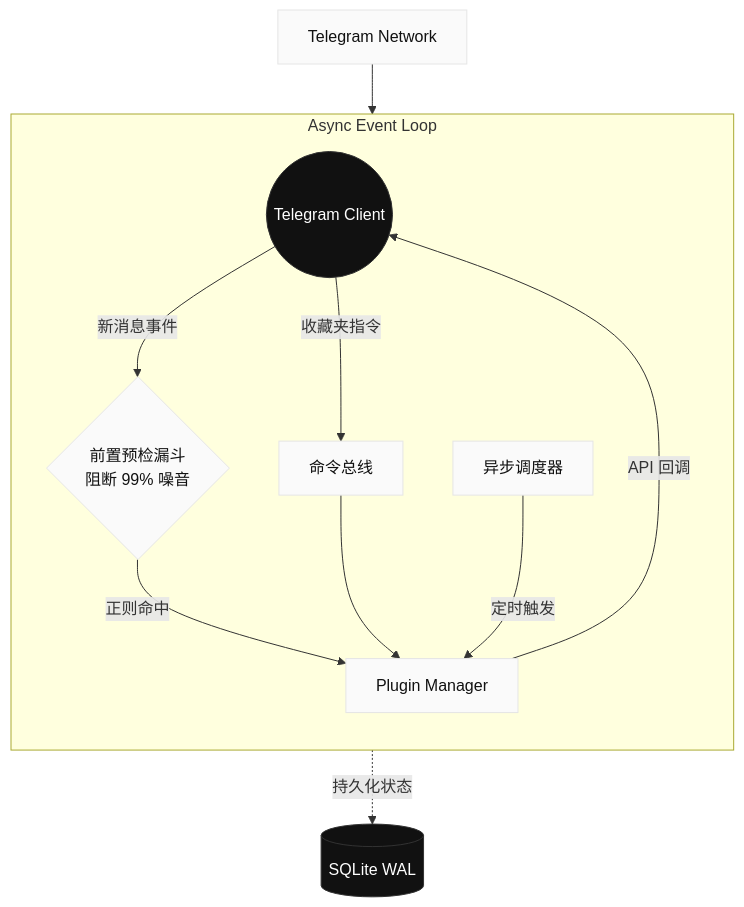
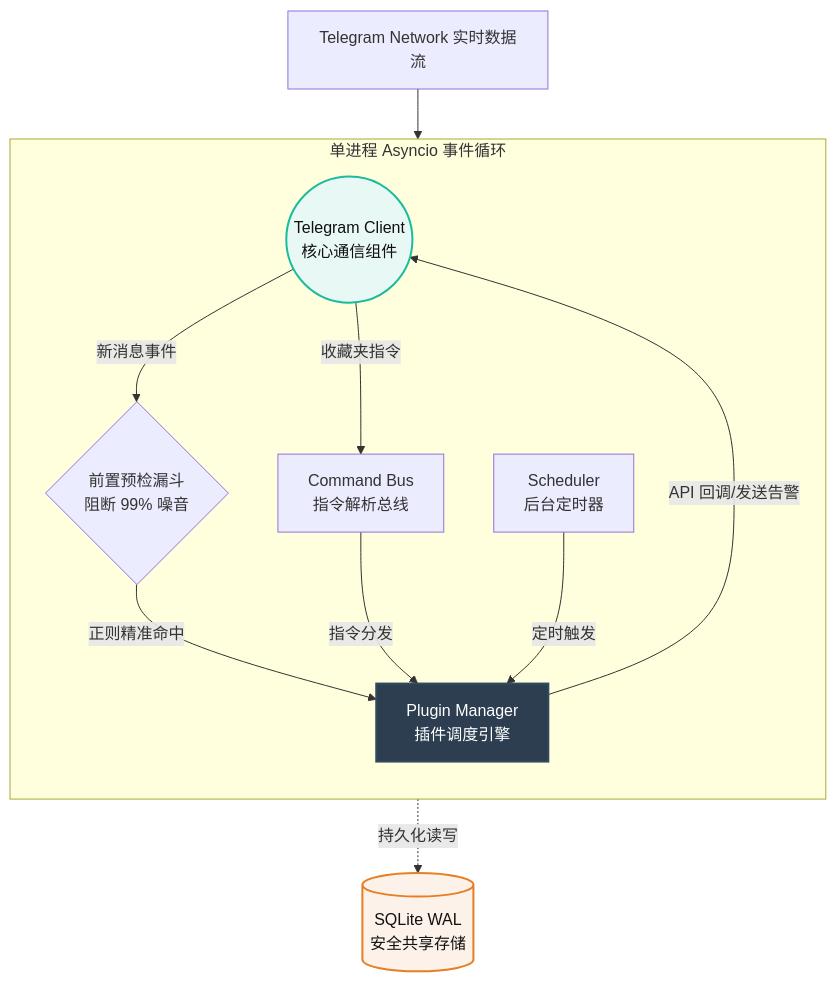
Before and after one commit to x72dev/TG-Radar: the diagram in README.md, drawn with Mermaid. The commit also changed other lines of this file, not shown here.

````diff
--- a/README.md
+++ b/README.md
@@ -71,29 +50,30 @@
 ```mermaid
 graph TD
-  classDef default fill:#fafafa,stroke:#e5e5e5,stroke-width:1px,color:#111
-  classDef dark fill:#111,stroke:#333,stroke-width:1px,color:#fff
+  classDef core fill:#2C3E50,stroke:#34495E,stroke-width:2px,color:#FFF
+  classDef loop fill:#E8F8F5,stroke:#1ABC9C,stroke-width:2px,color:#111
+  classDef db fill:#FDF2E9,stroke:#E67E22,stroke-width:2px,color:#111
+
+  TG[Telegram Network 实时数据流] --> Loop
   
-  Network[Telegram Network] --> EventLoop
-  
-  subgraph TG-Radar Core [Async Event Loop]
+  subgraph App [单进程 Asyncio 事件循环]
     direction TB
-    EventLoop((Telegram Client)):::dark
+    Loop((Telegram Client<br/>核心通信组件)):::loop
     
     Filter{前置预检漏斗<br/>阻断 99% 噪音}
     
-    PM[Plugin Manager]
-    CmdBus[命令总线]
-    Scheduler[异步调度器]
+    PM[Plugin Manager<br/>插件调度引擎]:::core
+    Cmd[Command Bus<br/>指令解析总线]
+    Job[Scheduler<br/>后台定时器]
     
-    EventLoop -->|新消息事件| Filter
-    EventLoop -->|收藏夹指令| CmdBus
+    Loop -->|新消息事件| Filter
+    Loop -->|收藏夹指令| Cmd
     
-    Filter -->|正则命中| PM
-    CmdBus --> PM
-    Scheduler -->|定时触发| PM
+    Filter -->|正则精准命中| PM
+    Cmd -->|指令分发| PM
+    Job -->|定时触发| PM
     
-    PM -->|API 回调| EventLoop
+    PM -->|API 回调/发送告警| Loop
   end
 
-  PM -.->|持久化状态| DB[(SQLite WAL)]:::dark
+  PM -.->|持久化读写| DB[(SQLite WAL<br/>安全共享存储)]:::db
 ```
````
